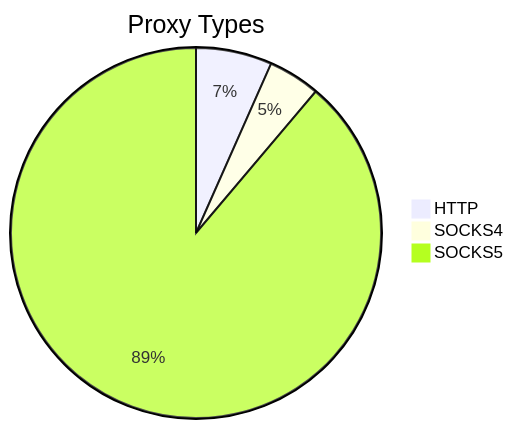
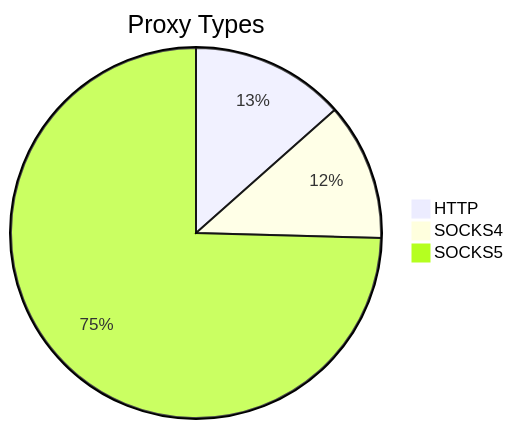
The first of 2 diagrams in README.md (stormsia/proxy-list), drawn with Mermaid before and after one commit. The commit also changed other lines of this file, not shown here.

````diff
--- a/README.md
+++ b/README.md
@@ -21,6 +21,6 @@
 ```mermaid
 pie title Proxy Types
-    "HTTP" : 148
-    "SOCKS4" : 101
-    "SOCKS5" : 1979
+    "HTTP" : 101
+    "SOCKS4" : 90
+    "SOCKS5" : 560
 ```
````
